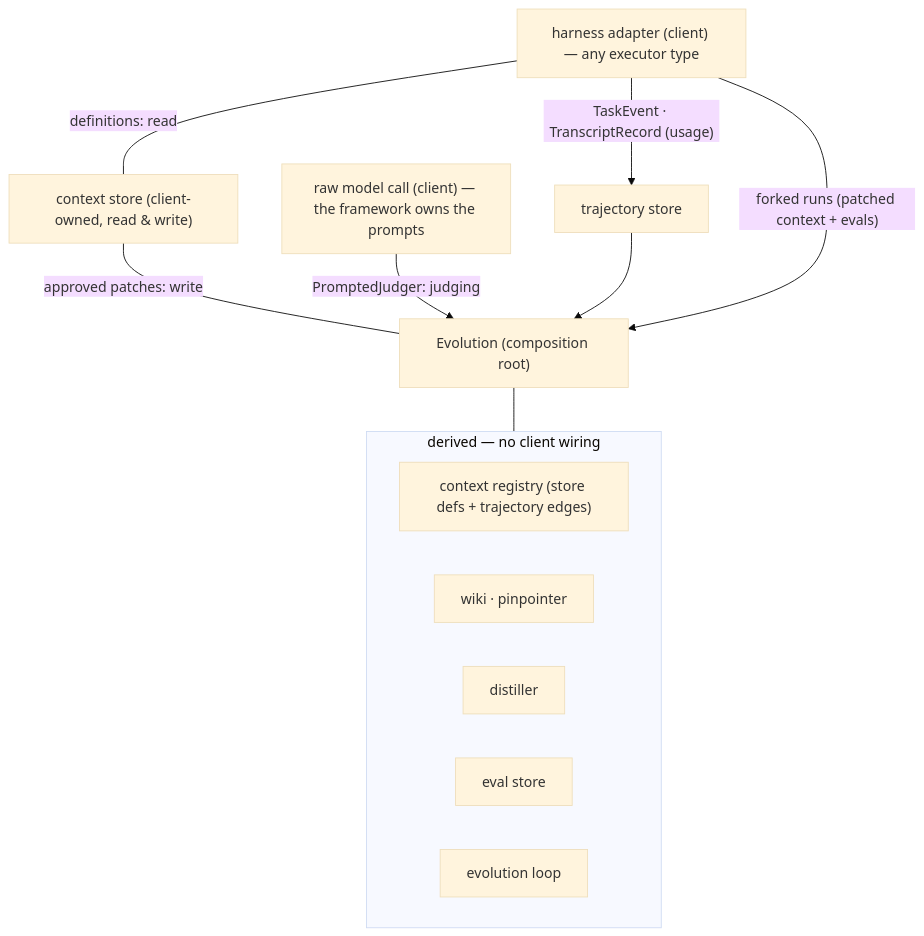
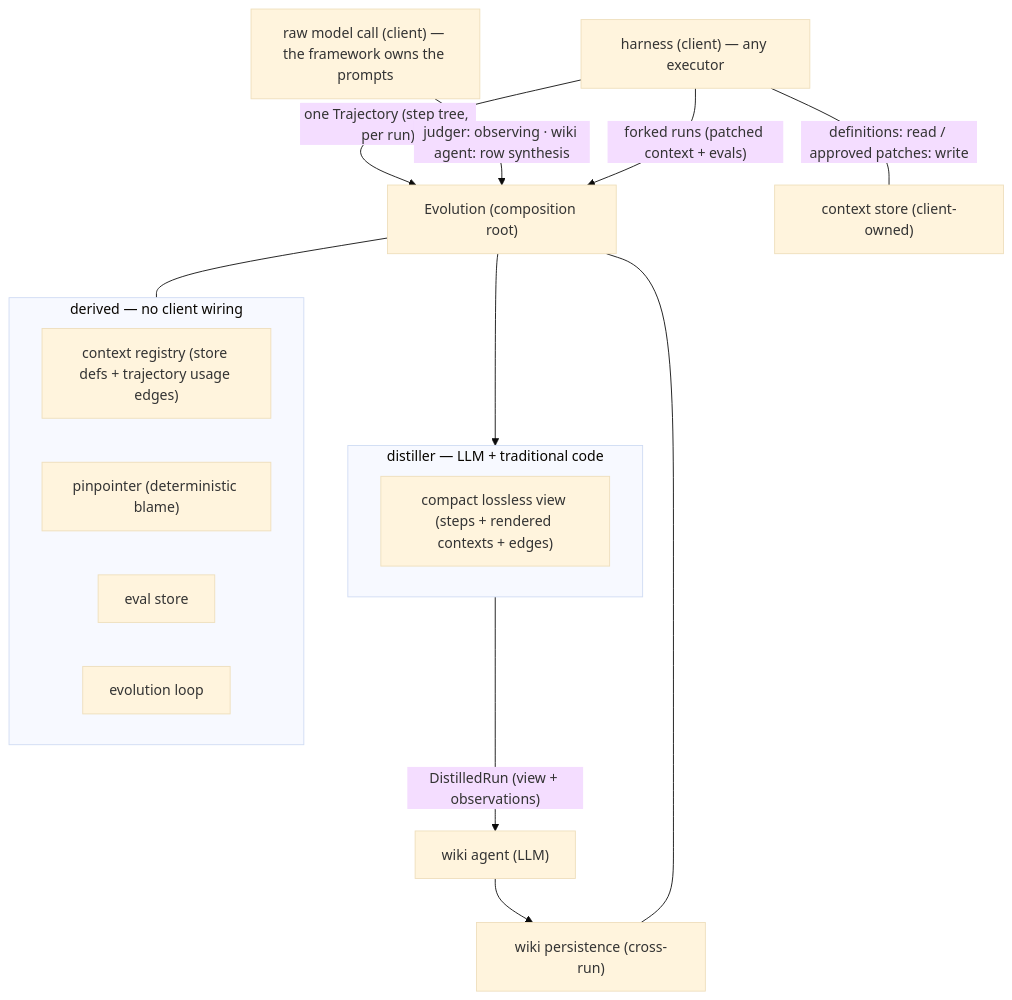
One commit to Ajaya1000/llmx changed the first of 3 diagrams in packages/evolution/WIRING.md. Above: the diagram before and after it, drawn with Mermaid (base theme). The commit also changed other lines of this file and 26 other files, not shown here.

````diff
--- a/packages/evolution/WIRING.md
+++ b/packages/evolution/WIRING.md
@@ -16,19 +18,24 @@
 ```mermaid
 flowchart TB
-    H["harness adapter (client) — any executor type"]
-    H -->|"TaskEvent · TranscriptRecord (usage)"| TS["trajectory store"]
-    H ---|"definitions: read"| CS["context store (client-owned, read & write)"]
-    CS ---|"approved patches: write"| EVO["Evolution (composition root)"]
+    H["harness (client) — any executor"]
+    H -->|"one Trajectory (step tree, per run)"| EVO["Evolution (composition root)"]
+    H ---|"definitions: read / approved patches: write"| CS["context store (client-owned)"]
     M["raw model call (client) — the framework owns the prompts"]
-    M -->|"PromptedJudger: judging"| EVO
-    TS --> EVO
+    M -->|"judger: observing · wiki agent: row synthesis"| EVO
+    subgraph D["distiller — LLM + traditional code"]
+        V["compact lossless view (steps + rendered contexts + edges)"]
+    end
+    EVO --> D
+    D -->|"DistilledRun (view + observations)"| W["wiki agent (LLM)"]
+    WP["wiki persistence (cross-run)"]
+    W --> WP
+    EVO --- WP
     subgraph E["derived — no client wiring"]
-        REG["context registry (store defs + trajectory edges)"]
-        W["wiki · pinpointer"]
-        D["distiller"]
+        REG["context registry (store defs + trajectory usage edges)"]
+        P["pinpointer (deterministic blame)"]
         ES["eval store"]
         L["evolution loop"]
     end
     EVO --- E
     H -->|"forked runs (patched context + evals)"| EVO
 ```
````
